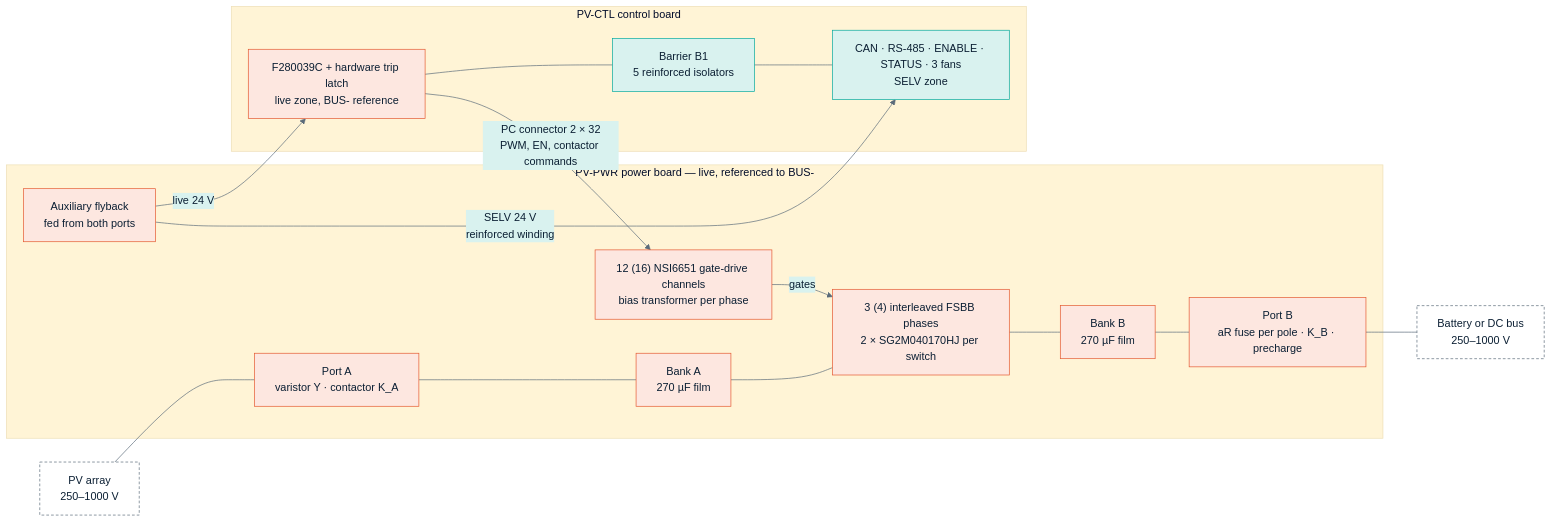
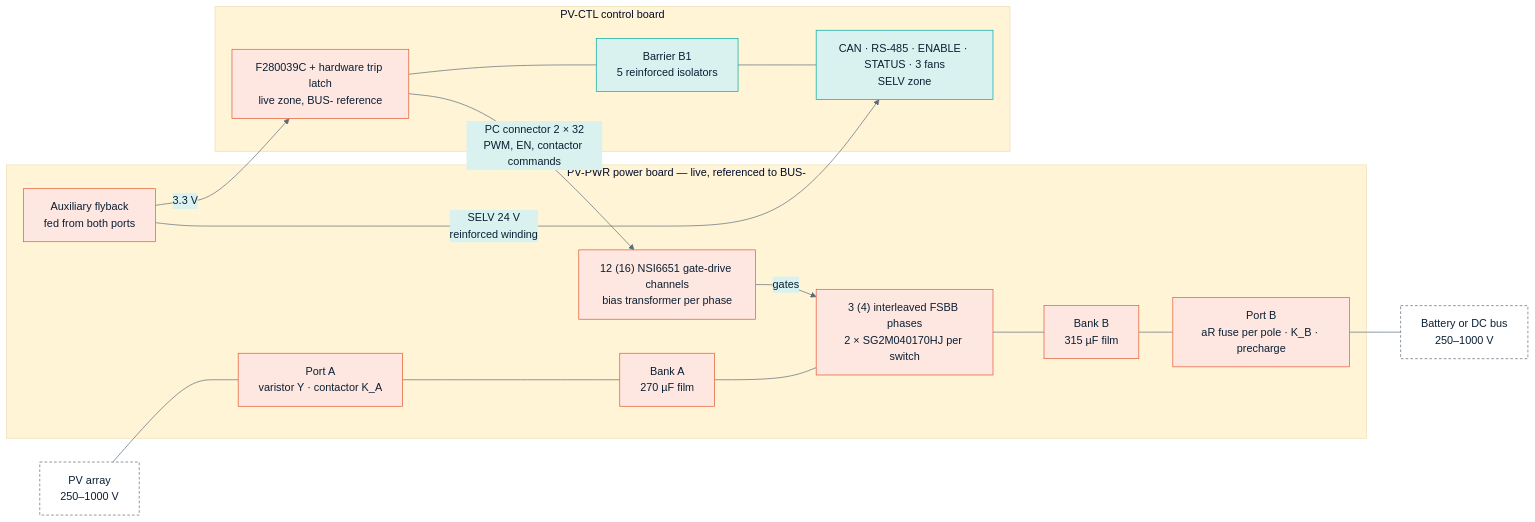
Before and after one commit to vectivolt/PCM: the first of 3 diagrams in docs/guide/02-architecture.md, drawn with Mermaid. The commit also changed other lines of this file and 161 other files, not shown here.

````diff
--- a/docs/guide/02-architecture.md
+++ b/docs/guide/02-architecture.md
@@ -31,29 +31,29 @@
 ```mermaid
 %%{init: {"theme": "base", "themeVariables": {"primaryColor": "#EEF3F7", "primaryBorderColor": "#0B1F33", "primaryTextColor": "#0B1F33", "lineColor": "#5B6B7A", "secondaryColor": "#D9F2EF", "tertiaryColor": "#FFF4D6", "fontFamily": "Inter, Helvetica, Arial, sans-serif"}}}%%
 flowchart LR
     PV["PV array<br/>250–1000 V"]:::ext
     BAT["Battery or DC bus<br/>250–1000 V"]:::ext
     subgraph PWR["PV-PWR power board — live, referenced to BUS-"]
         PA["Port A<br/>varistor Y · contactor K_A"]:::live
         BA["Bank A<br/>270 µF film"]:::live
         PH["3 (4) interleaved FSBB phases<br/>2 × SG2M040170HJ per switch"]:::live
-        BB["Bank B<br/>270 µF film"]:::live
+        BB["Bank B<br/>315 µF film"]:::live
         PB["Port B<br/>aR fuse per pole · K_B · precharge"]:::live
         GD["12 (16) NSI6651 gate-drive channels<br/>bias transformer per phase"]:::live
         AUX["Auxiliary flyback<br/>fed from both ports"]:::live
     end
     subgraph CTL["PV-CTL control board"]
         MCU["F280039C + hardware trip latch<br/>live zone, BUS- reference"]:::live
         B1["Barrier B1<br/>5 reinforced isolators"]:::selv
         IO["CAN · RS-485 · ENABLE · STATUS · 3 fans<br/>SELV zone"]:::selv
     end
     PV --- PA --- BA --- PH --- BB --- PB --- BAT
     GD -->|"gates"| PH
     MCU -->|"PC connector 2 × 32<br/>PWM, EN, contactor commands"| GD
-    AUX -->|"live 24 V"| MCU
+    AUX -->|"3.3 V"| MCU
     AUX -->|"SELV 24 V<br/>reinforced winding"| IO
     MCU --- B1 --- IO
     classDef live fill:#FDE7E0,stroke:#E4572E,color:#0B1F33
     classDef selv fill:#D9F2EF,stroke:#00A99D,color:#0B1F33
     classDef ext fill:#FFFFFF,stroke:#5B6B7A,stroke-dasharray:4 3
 ```
````
